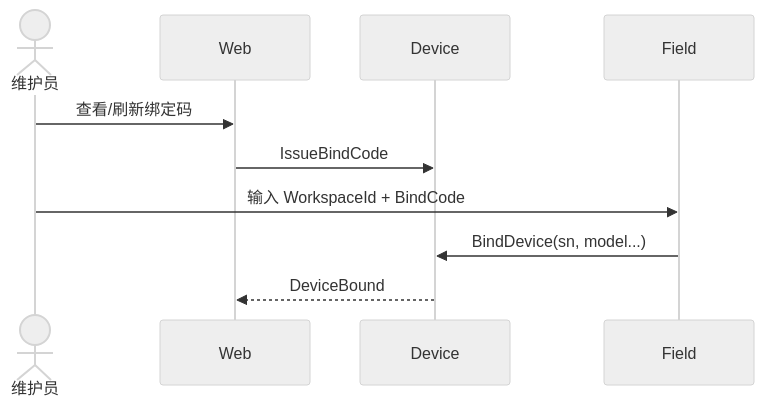
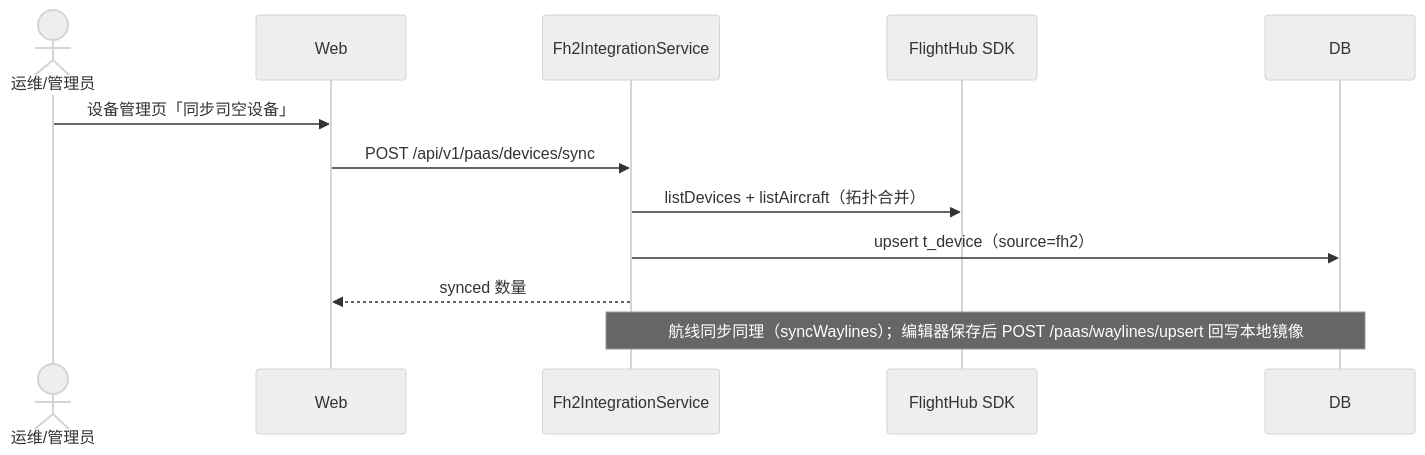
Before and after one commit to 270220320/paasPlatform: the fourth of 5 diagrams in docs/03-design/preliminary/preliminary-design.md, drawn with Mermaid (neutral theme). The commit also changed other lines of this file and 63 other files, not shown here.

````diff
--- a/docs/03-design/preliminary/preliminary-design.md
+++ b/docs/03-design/preliminary/preliminary-design.md
@@ -197,13 +243,15 @@
 ```mermaid
 sequenceDiagram
-  actor Maint as 维护员
+  actor Op as 运维/管理员
   participant Web
-  participant Device
-  participant Field
+  participant FH2 as Fh2IntegrationService
+  participant SDK as FlightHub SDK
+  participant DB
 
-  Maint->>Web: 查看/刷新绑定码
-  Web->>Device: IssueBindCode
-  Maint->>Field: 输入 WorkspaceId + BindCode
-  Field->>Device: BindDevice(sn, model...)
-  Device-->>Web: DeviceBound
+  Op->>Web: 设备管理页「同步司空设备」
+  Web->>FH2: POST /api/v1/paas/devices/sync
+  FH2->>SDK: listDevices + listAircraft（拓扑合并）
+  FH2->>DB: upsert t_device（source=fh2）
+  FH2-->>Web: synced 数量
+  Note over FH2,DB: 航线同步同理（syncWaylines）；编辑器保存后 POST /paas/waylines/upsert 回写本地镜像
 ```
````
